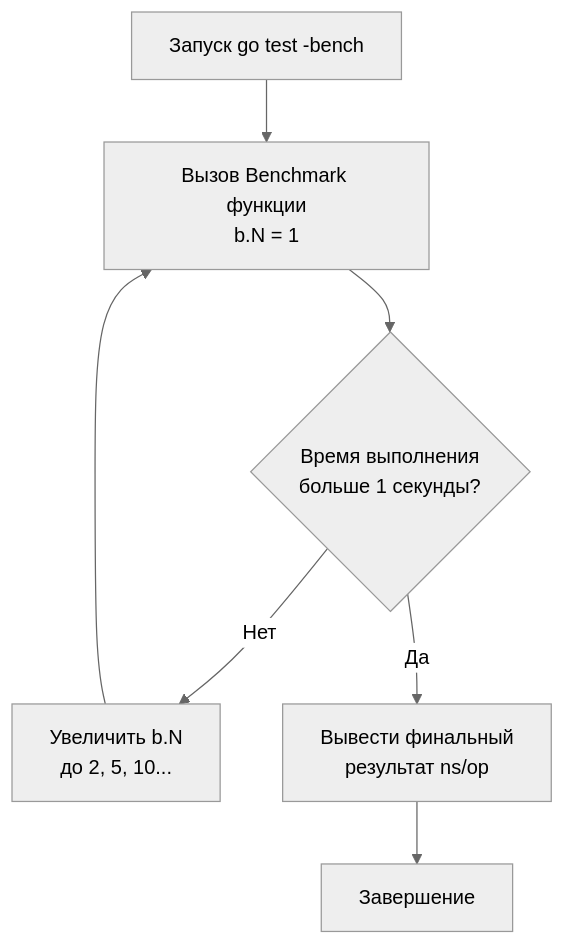
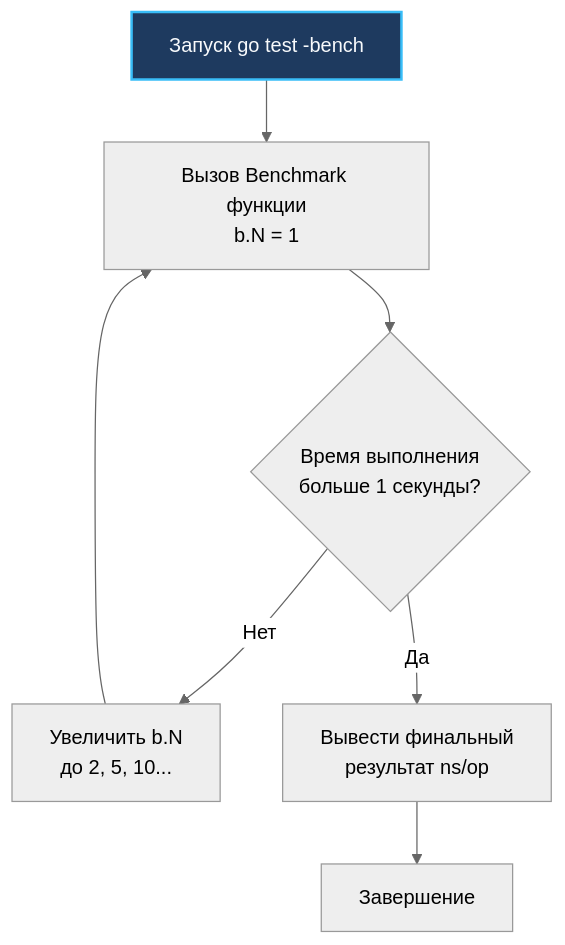
Before and after one commit to UnrealTemplier/go-textbook: the diagram in sources/15. Тестирование в Go (QA & Testing)/09. Производительность/1. Benchmarking в Go.md, drawn with Mermaid (neutral theme). The commit also changed 1666 other files, not shown here.

First line of the commit message:
feat(mermaid): add semantic color classDef to 1369 colorless flowchart/graph diagrams

````diff
--- a/sources/15. Тестирование в Go (QA & Testing)/09. Производительность/1. Benchmarking в Go.md
+++ b/sources/15. Тестирование в Go (QA & Testing)/09. Производительность/1. Benchmarking в Go.md
@@ -64,9 +64,19 @@
 ```mermaid
 flowchart TD
-    Start["Запуск go test -bench"] --> Init["Вызов Benchmark функции<br>b.N = 1"]
+    classDef process  fill:#1e293b,stroke:#38bdf8,stroke-width:1px,color:#f8fafc
+    classDef success  fill:#064e3b,stroke:#34d399,stroke-width:1px,color:#f8fafc
+    classDef error    fill:#7f1d1d,stroke:#f87171,stroke-width:1px,color:#f8fafc
+    classDef warning  fill:#78350f,stroke:#fbbf24,stroke-width:1px,color:#f8fafc
+    classDef entry    fill:#1e3a5f,stroke:#38bdf8,stroke-width:2px,color:#f8fafc
+    classDef aux      fill:#334155,stroke:#64748b,stroke-width:1px,color:#f8fafc
+    classDef system   fill:#312e81,stroke:#a78bfa,stroke-width:1px,color:#f8fafc
+    classDef data     fill:#132d29,stroke:#2dd4bf,stroke-width:1px,color:#f8fafc
+    classDef network  fill:#881337,stroke:#fb7185,stroke-width:1px,color:#f8fafc
+    classDef accent   fill:#1e1b4b,stroke:#818cf8,stroke-width:1px,color:#f8fafc
+    Start["Запуск go test -bench"]:::entry --> Init["Вызов Benchmark функции<br>b.N = 1"]
     Init --> CheckTime{"Время выполнения<br>больше 1 секунды?"}
     CheckTime -->|"Нет"| Increase["Увеличить b.N<br>до 2, 5, 10..."]
     Increase --> Init
     CheckTime -->|"Да"| Report["Вывести финальный<br>результат ns/op"]
     Report --> End["Завершение"]
 ```
````
